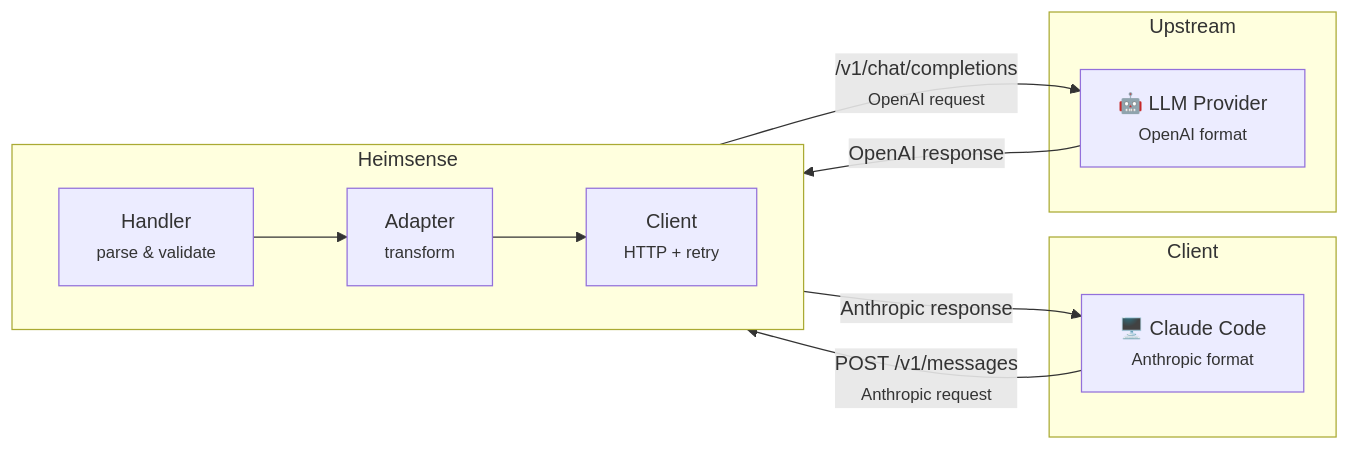
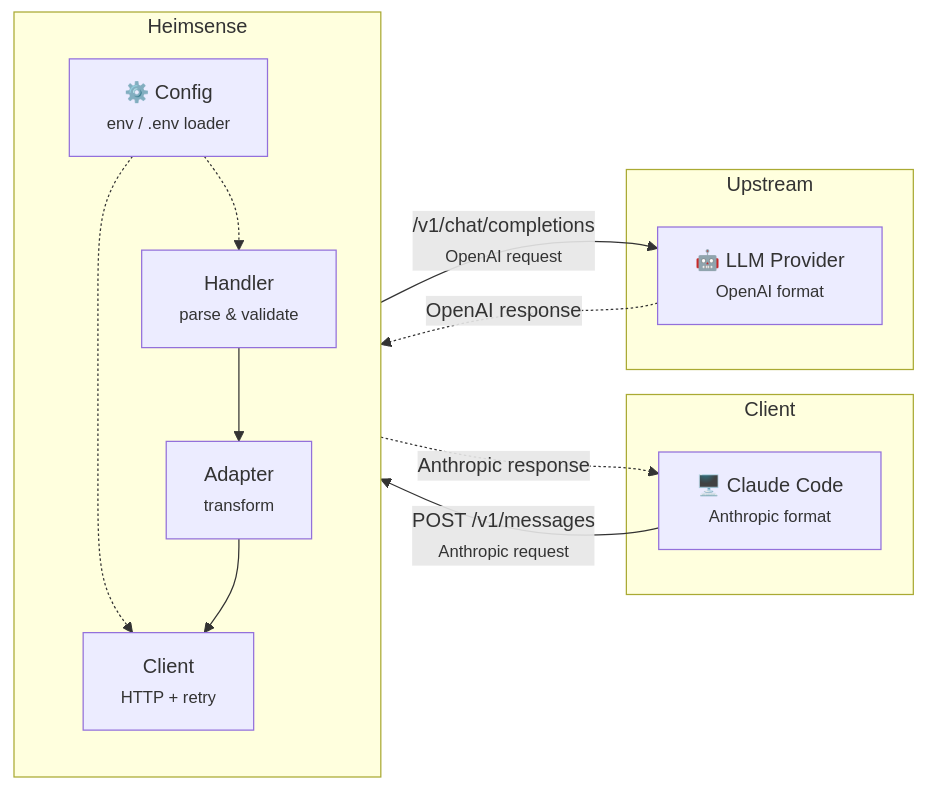
Before and after one commit to fajarhide/heimsense: the first of 3 diagrams in README.md, drawn with Mermaid. The commit also changed other lines of this file and 3 other files, not shown here.

Commit message:
test: add comprehensive unit tests for Anthropic-to-OpenAI request and response transformations

````diff
--- a/README.md
+++ b/README.md
@@ -102,20 +102,26 @@
 ```mermaid
 graph LR
     subgraph Client
         CC["🖥️ Claude Code<br/><small>Anthropic format</small>"]
     end
 
     subgraph Heimsense
-        direction LR
-        H["Handler<br/><small>parse & validate</small>"] --> A["Adapter<br/><small>transform</small>"] --> C["Client<br/><small>HTTP + retry</small>"]
+        direction TB
+        CFG["⚙️ Config<br/><small>env / .env loader</small>"]
+        H["Handler<br/><small>parse & validate</small>"]
+        A["Adapter<br/><small>transform</small>"]
+        CL["Client<br/><small>HTTP + retry</small>"]
+        CFG -.-> H
+        CFG -.-> CL
+        H --> A --> CL
     end
 
     subgraph Upstream
         LP["🤖 LLM Provider<br/><small>OpenAI format</small>"]
     end
 
     CC -- "POST /v1/messages<br/><small>Anthropic request</small>" --> H
-    C -- "/v1/chat/completions<br/><small>OpenAI request</small>" --> LP
-    LP -- "OpenAI response" --> C
-    C -- "Anthropic response" --> CC
+    CL -- "/v1/chat/completions<br/><small>OpenAI request</small>" --> LP
+    LP -. "OpenAI response" .-> CL
+    CL -. "Anthropic response" .-> CC
 ```
````
